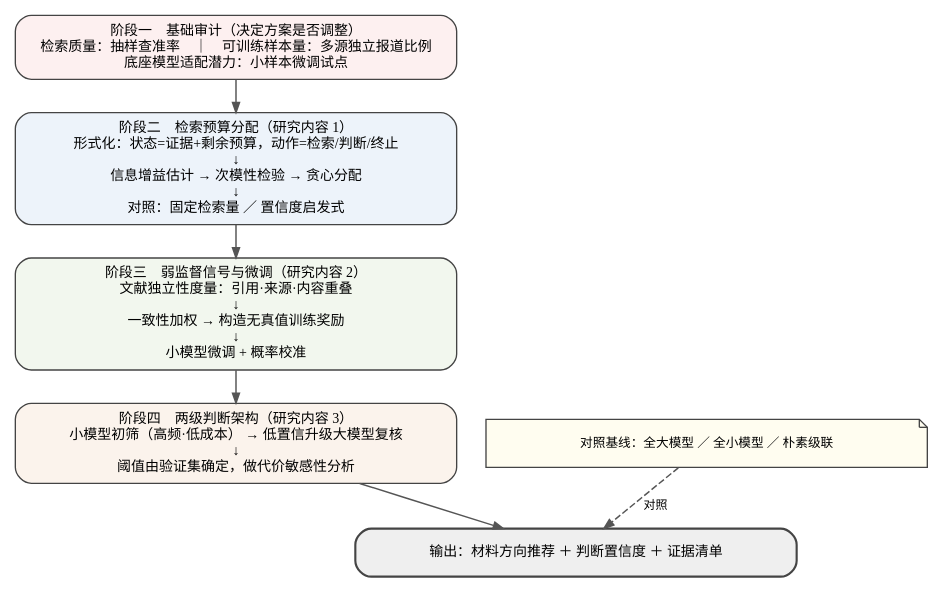
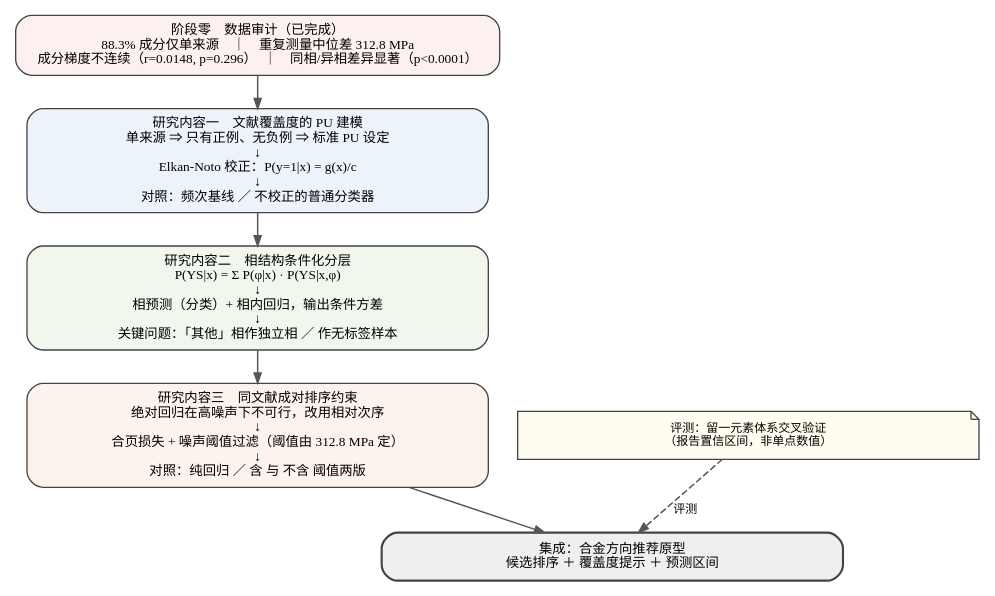
The diagram in 开题报告_检索预算与无标签微调/route.dot (ywb-git/my-paper), drawn with Graphviz before and after one commit. The commit also changed 4 other files, not shown here.

```diff
--- a/开题报告_检索预算与无标签微调/route.dot
+++ b/开题报告_检索预算与无标签微调/route.dot
@@ -1,21 +1,21 @@
 digraph G {
   graph [rankdir=TB, nodesep=0.30, ranksep=0.34, bgcolor="white"];
-  node  [shape=box, style="rounded,filled", fontname="SimSun", fontsize=10.5,
-         fillcolor="#FFFFFF", color="#444444", penwidth=1.0, margin="0.20,0.09", width=4.6];
+  node  [shape=box, style="rounded,filled", fontname="SimSun", fontsize=10,
+         fillcolor="#FFFFFF", color="#444444", penwidth=1.0, margin="0.20,0.09", width=4.8];
   edge  [color="#555555", arrowsize=0.75, penwidth=1.1];
 
-  a [label="阶段一　基础审计（决定方案是否调整）\n检索质量：抽样查准率　｜　可训练样本量：多源独立报道比例\n底座模型适配潜力：小样本微调试点", fillcolor="#FDF0F0"];
+  a [label="阶段零　数据审计（已完成）\n88.3% 成分仅单来源　｜　重复测量中位差 312.8 MPa\n成分梯度不连续（r=0.0148, p=0.296）　｜　同相/异相差异显著（p<0.0001）", fillcolor="#FDF0F0"];
 
-  b [label="阶段二　检索预算分配（研究内容 1）\n形式化：状态=证据+剩余预算，动作=检索/判断/终止\n↓\n信息增益估计 → 次模性检验 → 贪心分配\n↓\n对照：固定检索量 ／ 置信度启发式", fillcolor="#EDF3FA"];
+  b [label="研究内容一　文献覆盖度的 PU 建模\n单来源 ⇒ 只有正例、无负例 ⇒ 标准 PU 设定\n↓\nElkan-Noto 校正：P(y=1|x) = g(x)/c\n↓\n对照：频次基线 ／ 不校正的普通分类器", fillcolor="#EDF3FA"];
 
-  c [label="阶段三　弱监督信号与微调（研究内容 2）\n文献独立性度量：引用·来源·内容重叠\n↓\n一致性加权 → 构造无真值训练奖励\n↓\n小模型微调 + 概率校准", fillcolor="#F2F7EE"];
+  c [label="研究内容二　相结构条件化分层\nP(YS|x) = Σ P(φ|x) · P(YS|x,φ)\n↓\n相预测（分类）+ 相内回归，输出条件方差\n↓\n关键问题：「其他」相作独立相 ／ 作无标签样本", fillcolor="#F2F7EE"];
 
-  d [label="阶段四　两级判断架构（研究内容 3）\n小模型初筛（高频·低成本） → 低置信升级大模型复核\n↓\n阈值由验证集确定，做代价敏感性分析", fillcolor="#FBF3EC"];
+  d [label="研究内容三　同文献成对排序约束\n绝对回归在高噪声下不可行，改用相对次序\n↓\n合页损失 + 噪声阈值过滤（阈值由 312.8 MPa 定）\n↓\n对照：纯回归 ／ 含 与 不含 阈值两版", fillcolor="#FBF3EC"];
 
-  e [label="输出：材料方向推荐 ＋ 判断置信度 ＋ 证据清单", fillcolor="#EFEFEF", penwidth=1.6];
+  e [label="集成：合金方向推荐原型\n候选排序 ＋ 覆盖度提示 ＋ 预测区间", fillcolor="#EFEFEF", penwidth=1.6];
 
-  f [label="对照基线：全大模型 ／ 全小模型 ／ 朴素级联", shape=note, fillcolor="#FFFDF0", fontsize=9.5];
+  f [label="评测：留一元素体系交叉验证\n（报告置信区间，非单点数值）", shape=note, fillcolor="#FFFDF0", fontsize=9];
 
   a -> b -> c -> d -> e;
-  f -> e [style=dashed, label="  对照", fontsize=9];
+  f -> e [style=dashed, label="  评测", fontsize=9];
 }
```
